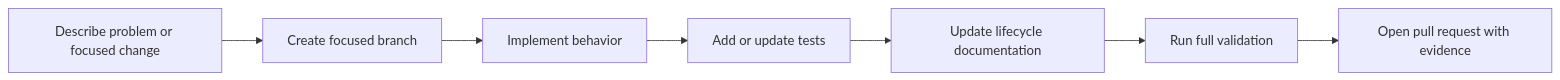
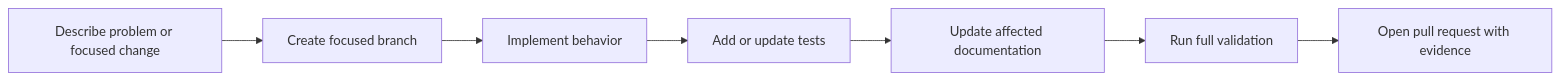
Before and after one commit to jodytripp/uplink-ledger: the diagram in CONTRIBUTING.md, drawn with Mermaid. The commit also changed other lines of this file and 18 other files, not shown here.

````diff
--- a/CONTRIBUTING.md
+++ b/CONTRIBUTING.md
@@ -21,9 +19,9 @@
 ```mermaid
 flowchart LR
     ISSUE["Describe problem or focused change"] --> BRANCH["Create focused branch"]
     BRANCH --> CODE["Implement behavior"]
     CODE --> TEST["Add or update tests"]
-    TEST --> DOC["Update lifecycle documentation"]
+    TEST --> DOC["Update affected documentation"]
     DOC --> CHECK["Run full validation"]
     CHECK --> PR["Open pull request with evidence"]
 ```
````
